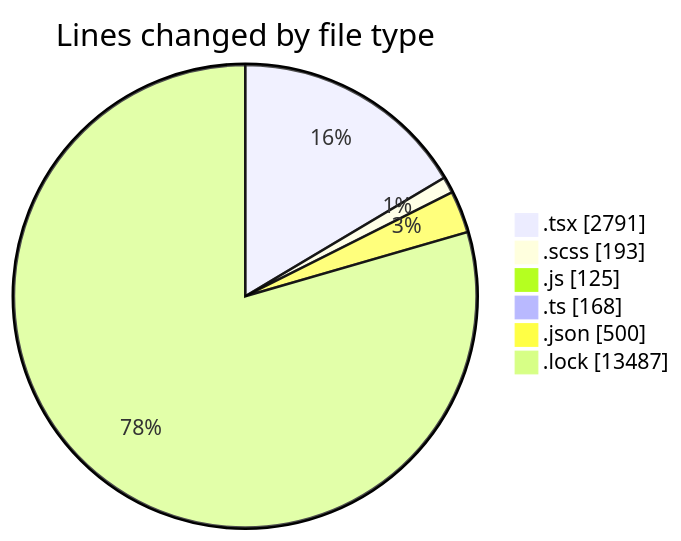
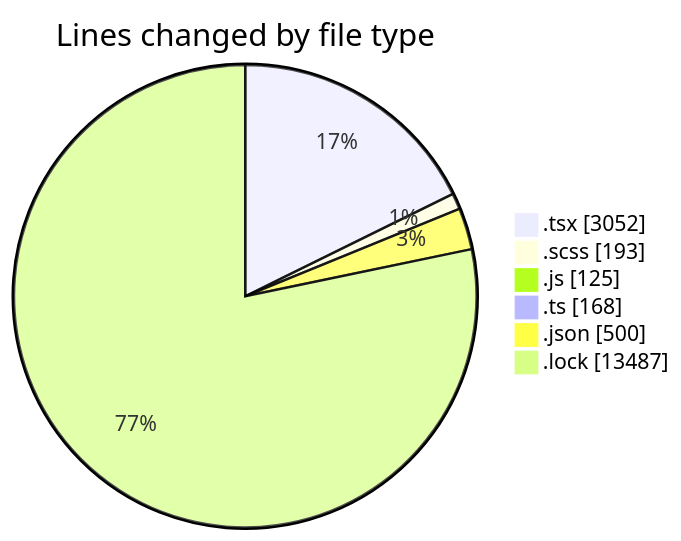
The first of 2 diagrams in 2026-04-24/cda/README.md (momahboobian/code-tracking), drawn with Mermaid before and after one commit. The commit also changed other lines of this file and 1 other file, not shown here.

````diff
--- a/2026-04-24/cda/README.md
+++ b/2026-04-24/cda/README.md
@@ -44,10 +45,10 @@
 ```mermaid
 pie showData
 title Lines changed by file type
-".tsx" : 2791
+".tsx" : 3052
 ".scss" : 193
 ".js" : 125
 ".ts" : 168
 ".json" : 500
 ".lock" : 13487
 ```
````
